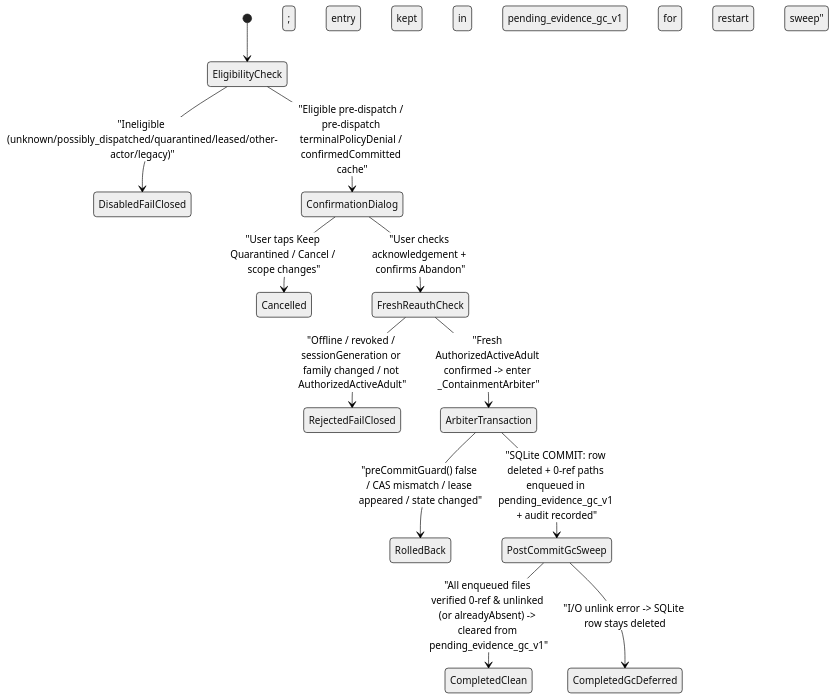
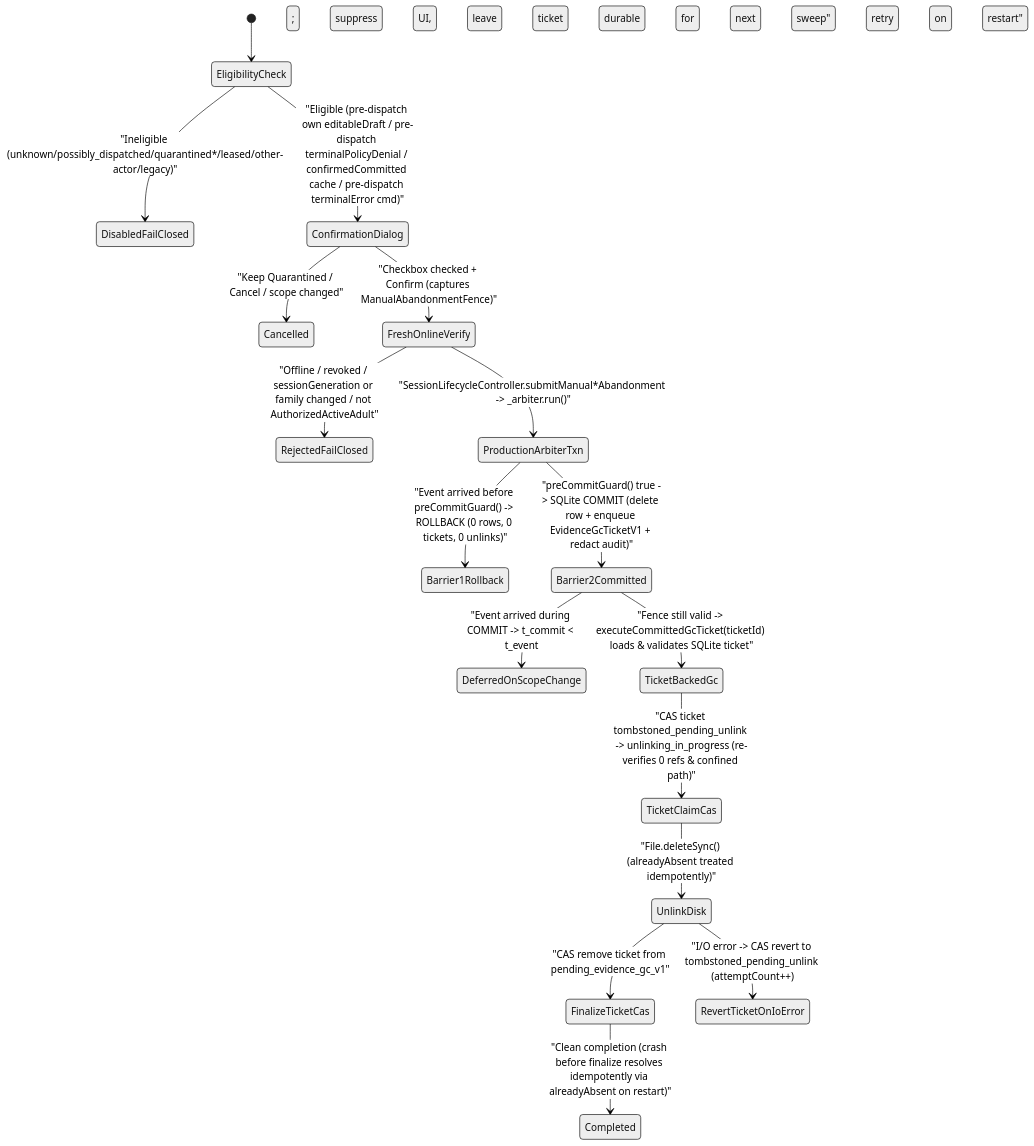
Before and after one commit to thedusk4203/LearnWard: the second of 2 diagrams in docs/27-phase-6-slice-4c-1-manual-recovery-and-export-design-contract.md, drawn with Mermaid (neutral theme). The commit also changed other lines of this file and 1 other file, not shown here.

````diff
--- a/docs/27-phase-6-slice-4c-1-manual-recovery-and-export-design-contract.md
+++ b/docs/27-phase-6-slice-4c-1-manual-recovery-and-export-design-contract.md
@@ -253,14 +296,19 @@
 ```mermaid
 stateDiagram-v2
     [*] --> EligibilityCheck
-    EligibilityCheck --> DisabledFailClosed : "Ineligible (unknown/possibly_dispatched/quarantined/leased/other-actor/legacy)"
-    EligibilityCheck --> ConfirmationDialog : "Eligible pre-dispatch / pre-dispatch terminalPolicyDenial / confirmedCommitted cache"
-    ConfirmationDialog --> Cancelled : "User taps Keep Quarantined / Cancel / scope changes"
-    ConfirmationDialog --> FreshReauthCheck : "User checks acknowledgement + confirms Abandon"
-    FreshReauthCheck --> RejectedFailClosed : "Offline / revoked / sessionGeneration or family changed / not AuthorizedActiveAdult"
-    FreshReauthCheck --> ArbiterTransaction : "Fresh AuthorizedActiveAdult confirmed -> enter _ContainmentArbiter"
-    ArbiterTransaction --> RolledBack : "preCommitGuard() false / CAS mismatch / lease appeared / state changed"
-    ArbiterTransaction --> PostCommitGcSweep : "SQLite COMMIT: row deleted + 0-ref paths enqueued in pending_evidence_gc_v1 + audit recorded"
-    PostCommitGcSweep --> CompletedClean : "All enqueued files verified 0-ref & unlinked (or alreadyAbsent) -> cleared from pending_evidence_gc_v1"
-    PostCommitGcSweep --> CompletedGcDeferred : "I/O unlink error -> SQLite row stays deleted; entry kept in pending_evidence_gc_v1 for restart sweep"
+    EligibilityCheck --> DisabledFailClosed : "Ineligible (unknown/possibly_dispatched/quarantined*/leased/other-actor/legacy)"
+    EligibilityCheck --> ConfirmationDialog : "Eligible (pre-dispatch own editableDraft / pre-dispatch terminalPolicyDenial / confirmedCommitted cache / pre-dispatch terminalError cmd)"
+    ConfirmationDialog --> Cancelled : "Keep Quarantined / Cancel / scope changed"
+    ConfirmationDialog --> FreshOnlineVerify : "Checkbox checked + Confirm (captures ManualAbandonmentFence)"
+    FreshOnlineVerify --> RejectedFailClosed : "Offline / revoked / sessionGeneration or family changed / not AuthorizedActiveAdult"
+    FreshOnlineVerify --> ProductionArbiterTxn : "SessionLifecycleController.submitManual*Abandonment -> _arbiter.run()"
+    ProductionArbiterTxn --> Barrier1Rollback : "Event arrived before preCommitGuard() -> ROLLBACK (0 rows, 0 tickets, 0 unlinks)"
+    ProductionArbiterTxn --> Barrier2Committed : "preCommitGuard() true -> SQLite COMMIT (delete row + enqueue EvidenceGcTicketV1 + redact audit)"
+    Barrier2Committed --> DeferredOnScopeChange : "Event arrived during COMMIT -> t_commit < t_event; suppress UI, leave ticket durable for next sweep"
+    Barrier2Committed --> TicketBackedGc : "Fence still valid -> executeCommittedGcTicket(ticketId) loads & validates SQLite ticket"
+    TicketBackedGc --> TicketClaimCas : "CAS ticket tombstoned_pending_unlink -> unlinking_in_progress (re-verifies 0 refs & confined path)"
+    TicketClaimCas --> UnlinkDisk : "File.deleteSync() (alreadyAbsent treated idempotently)"
+    UnlinkDisk --> FinalizeTicketCas : "CAS remove ticket from pending_evidence_gc_v1"
+    UnlinkDisk --> RevertTicketOnIoError : "I/O error -> CAS revert to tombstoned_pending_unlink (attemptCount++); retry on restart"
+    FinalizeTicketCas --> Completed : "Clean completion (crash before finalize resolves idempotently via alreadyAbsent on restart)"
 ```
````
